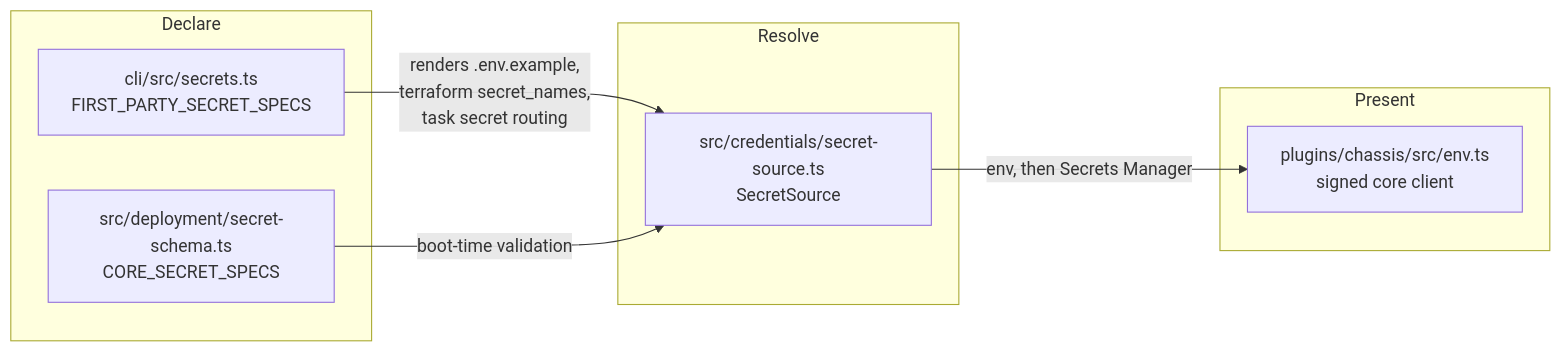
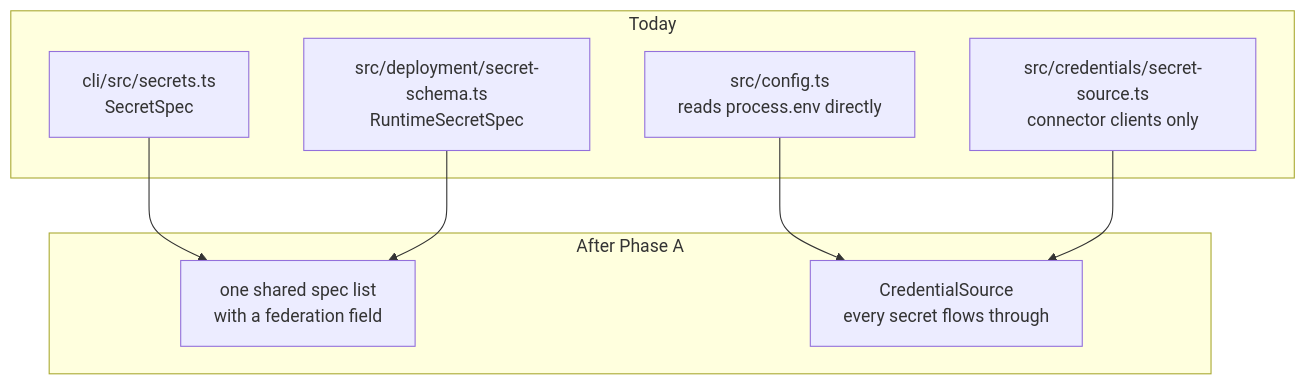
One commit to agentsky/qm changed the third of 5 diagrams in docs/secretless.md. Above: the diagram before and after it, drawn with Mermaid. The commit also changed other lines of this file, not shown here.

First line of the commit message:
docs: correct the secretless design after review

````diff
--- a/docs/secretless.md
+++ b/docs/secretless.md
@@ -200,17 +224,19 @@
 ```mermaid
-graph LR
-  subgraph Declare
-    A["cli/src/secrets.ts<br/>FIRST_PARTY_SECRET_SPECS"]
-    B["src/deployment/secret-schema.ts<br/>CORE_SECRET_SPECS"]
-  end
-  subgraph Resolve
-    C["src/credentials/secret-source.ts<br/>SecretSource"]
-  end
-  subgraph Present
-    D["plugins/chassis/src/env.ts<br/>signed core client"]
+graph TB
+  subgraph Now["Today"]
+    A1["cli/src/secrets.ts<br/>SecretSpec"]
+    B1["src/deployment/secret-schema.ts<br/>RuntimeSecretSpec"]
+    C1["src/config.ts<br/>reads process.env directly"]
+    D1["src/credentials/secret-source.ts<br/>connector clients only"]
   end
 
-  A -->|"renders .env.example,<br/>terraform secret_names,<br/>task secret routing"| C
-  B -->|"boot-time validation"| C
-  C -->|"env, then Secrets Manager"| D
+  subgraph After["After Phase A"]
+    A2["one shared spec list<br/>with a federation field"]
+    D2["CredentialSource<br/>every secret flows through"]
+  end
+
+  A1 --> A2
+  B1 --> A2
+  C1 --> D2
+  D1 --> D2
 ```
````
